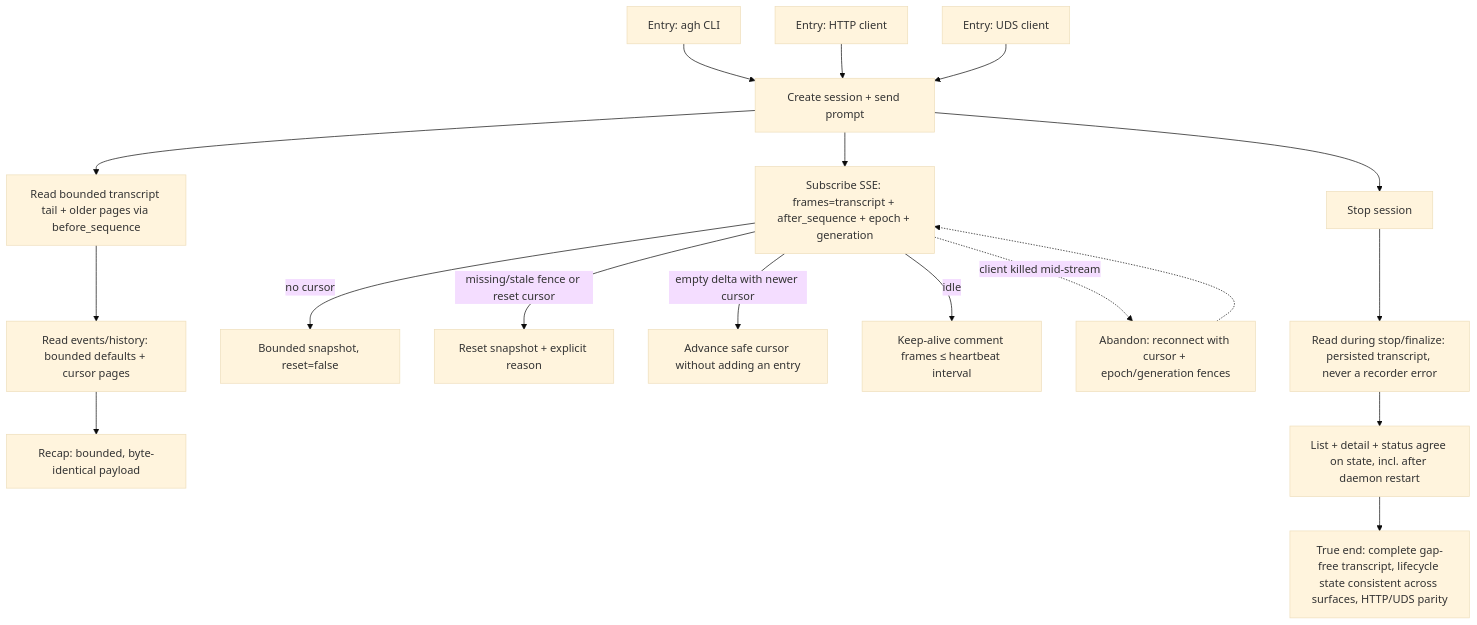
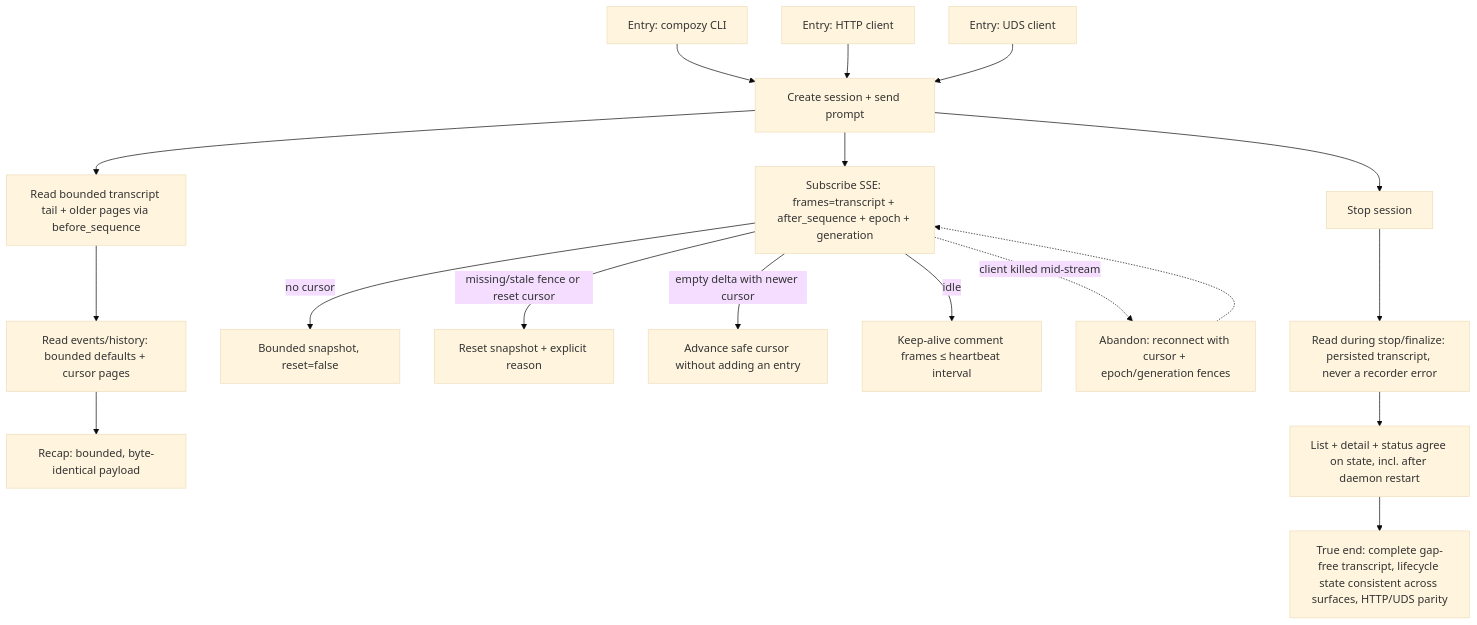
The diagram in docs/qa/journeys/J-15-operate-session-via-cli-api.md (compozy/compozy), drawn with Mermaid (base theme) before and after one commit. The commit also changed other lines of this file and 831 other files, not shown here.

````diff
--- a/docs/qa/journeys/J-15-operate-session-via-cli-api.md
+++ b/docs/qa/journeys/J-15-operate-session-via-cli-api.md
@@ -5,20 +5,20 @@
 ```mermaid
 flowchart TD
-    E1[Entry: agh CLI] --> C[Create session + send prompt]
+    E1[Entry: compozy CLI] --> C[Create session + send prompt]
     E2[Entry: HTTP client] --> C
     E3[Entry: UDS client] --> C
     C --> REST[Read bounded transcript tail + older pages via before_sequence]
     C --> STRM[Subscribe SSE: frames=transcript + after_sequence + epoch + generation]
     STRM -->|no cursor| SNAP[Bounded snapshot, reset=false]
     STRM -->|missing/stale fence or reset cursor| RESET[Reset snapshot + explicit reason]
     STRM -->|empty delta with newer cursor| ADV[Advance safe cursor without adding an entry]
     STRM -->|idle| KA[Keep-alive comment frames ≤ heartbeat interval]
     REST --> RD[Read events/history: bounded defaults + cursor pages]
     RD --> RC[Recap: bounded, byte-identical payload]
     C --> STOP[Stop session]
     STOP --> DR[Read during stop/finalize: persisted transcript, never a recorder error]
     DR --> LS[List + detail + status agree on state, incl. after daemon restart]
     STRM -.->|client killed mid-stream| AB[Abandon: reconnect with cursor + epoch/generation fences]
     AB -.-> STRM
     LS --> TE[True end: complete gap-free transcript, lifecycle state consistent across surfaces, HTTP/UDS parity]
 ```
````
